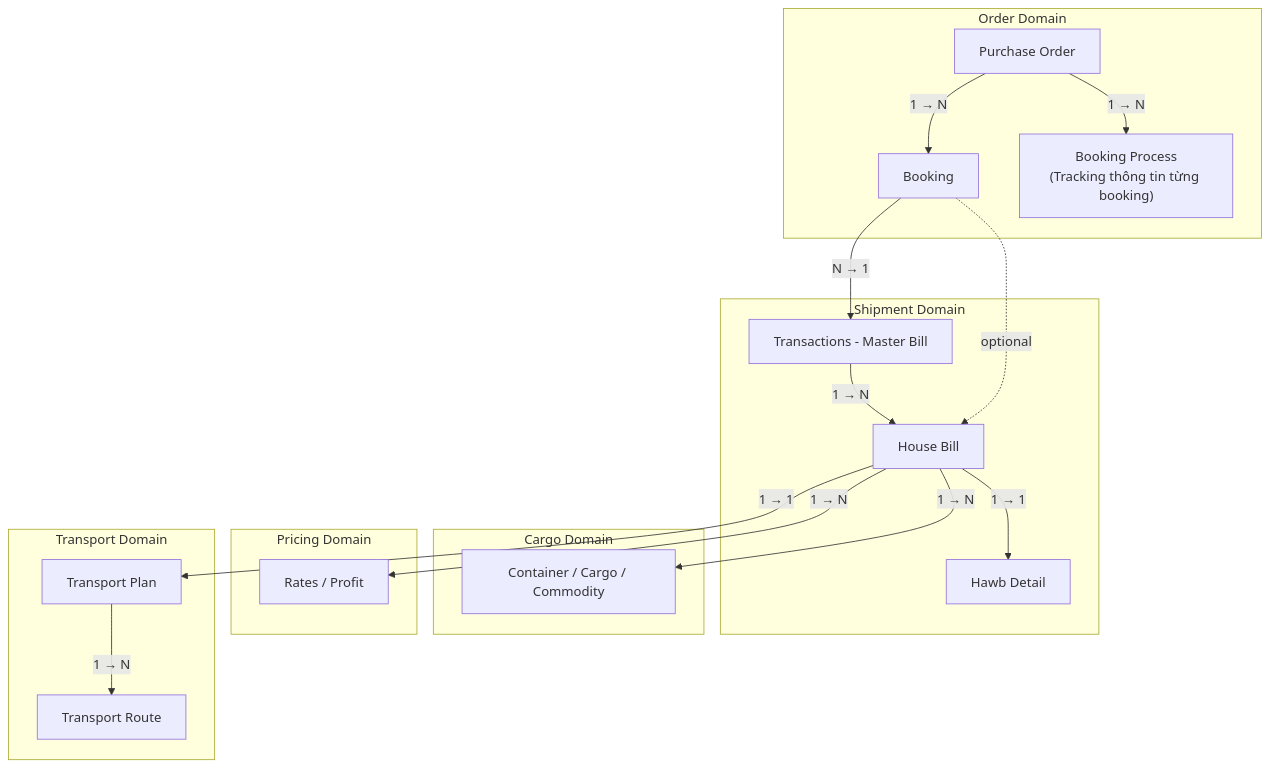
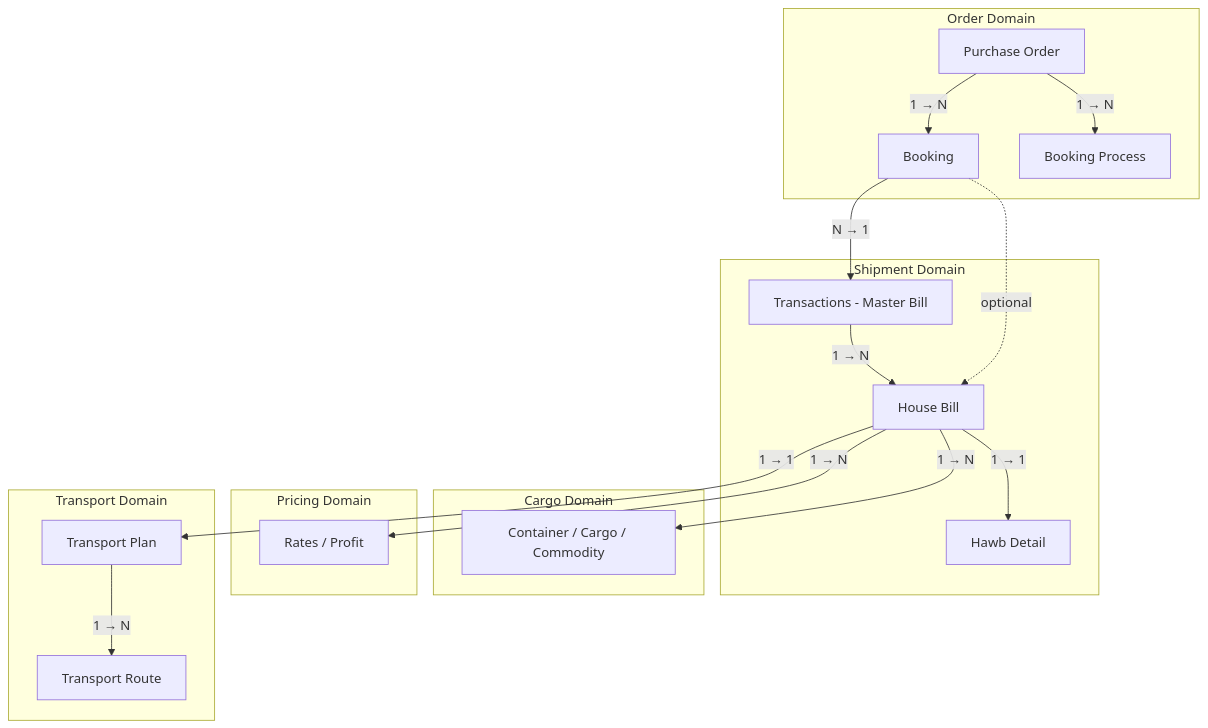
The first of 2 diagrams in projects/bf1/ERD.md (ngcdan/wiki), drawn with Mermaid before and after one commit.

Commit message:
docs: bỏ note khỏi Booking Process trong DDD

````diff
--- a/projects/bf1/ERD.md
+++ b/projects/bf1/ERD.md
@@ -13,30 +13,30 @@
 ```mermaid
 graph TD
     subgraph ORDER["Order Domain"]
         PO["Purchase Order"] -->|"1 → N"| BK["Booking"]
-        PO -->|"1 → N"| BP["Booking Process\n(Tracking thông tin từng booking)"]
+        PO -->|"1 → N"| BP["Booking Process"]
     end
 
     subgraph SHIPMENT["Shipment Domain"]
         MB["Transactions - Master Bill"] -->|"1 → N"| HB["House Bill"]
         HB -->|"1 → 1"| HD["Hawb Detail"]
     end
 
     subgraph CARGO["Cargo Domain"]
         CC["Container / Cargo / Commodity"]
     end
 
     subgraph PRICING["Pricing Domain"]
         RP["Rates / Profit"]
     end
 
     subgraph TRANSPORT["Transport Domain"]
         TP["Transport Plan"] -->|"1 → N"| TR["Transport Route"]
     end
 
     BK -->|"N → 1"| MB
     BK -.->|"optional"| HB
     HB -->|"1 → N"| CC
     HB -->|"1 → N"| RP
     HB -->|"1 → 1"| TP
 ```
````
